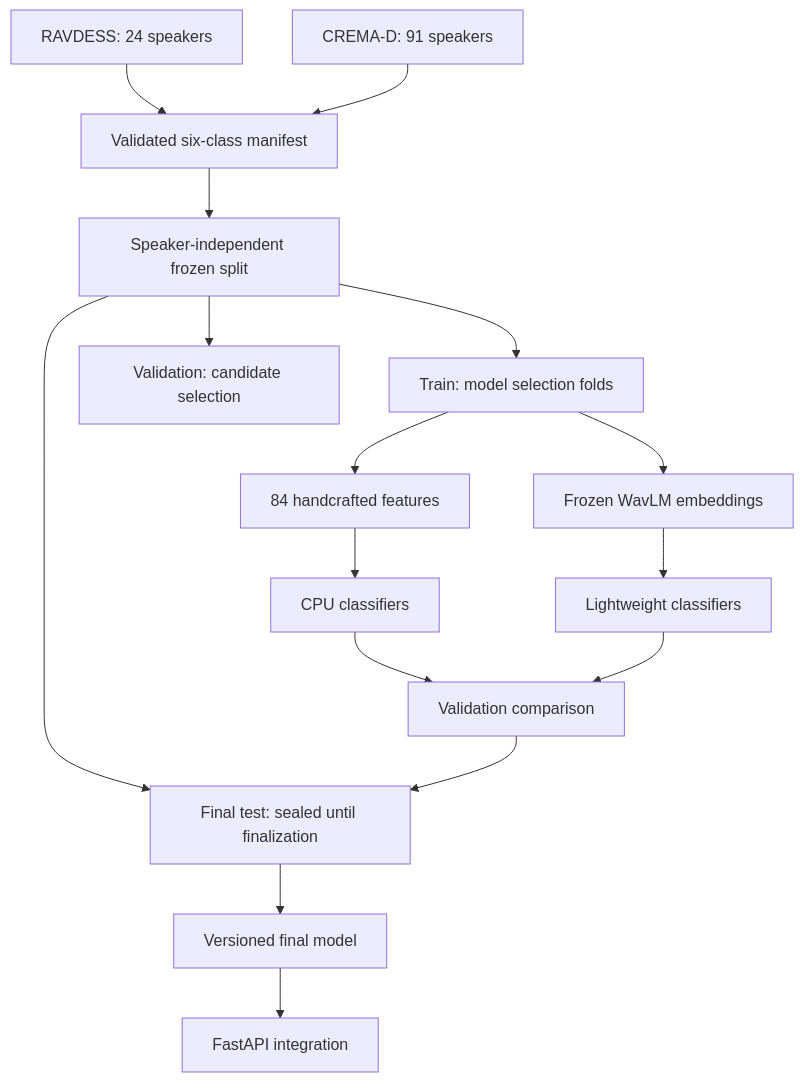
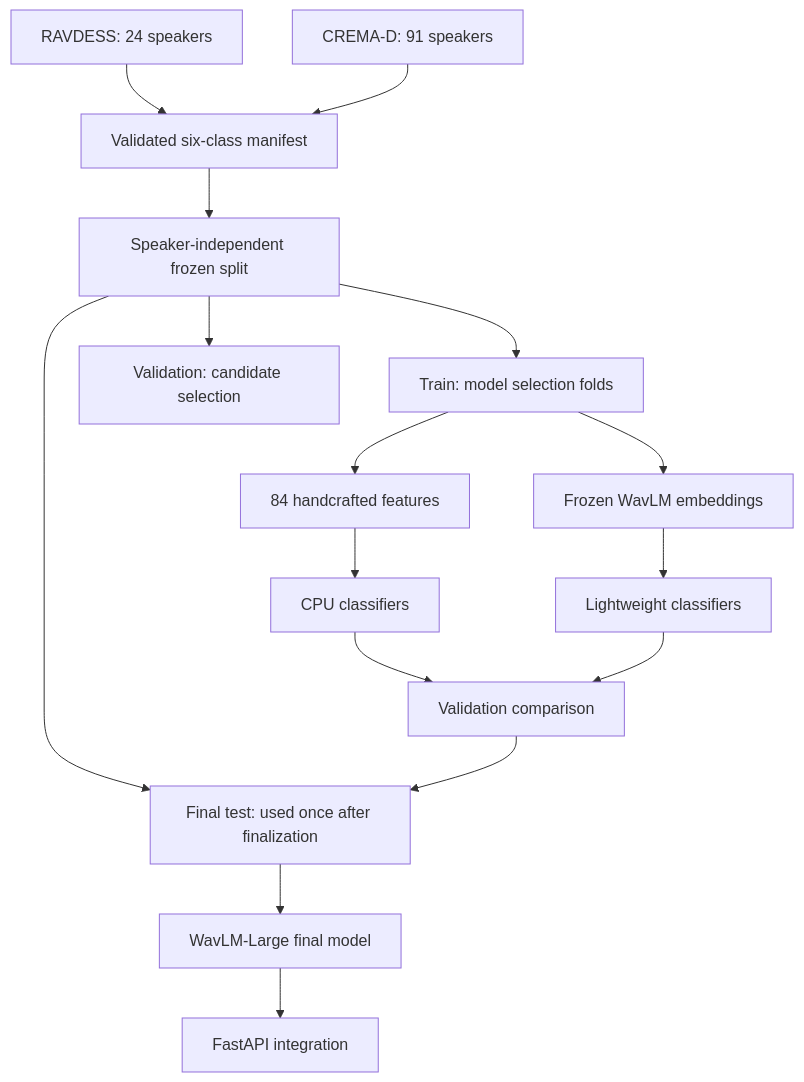
The second of 2 diagrams in docs/ARCHITECTURE.md (khushipatel0127/Speech-Emotion-Recognition), drawn with Mermaid before and after one commit. The commit also changed other lines of this file and 24 other files, not shown here.

Commit message:
feat: add validated WavLM Large phase 2 model

````diff
--- a/docs/ARCHITECTURE.md
+++ b/docs/ARCHITECTURE.md
@@ -35,18 +38,18 @@
 ```mermaid
 flowchart TD
     RD[RAVDESS: 24 speakers] --> M[Validated six-class manifest]
     CD[CREMA-D: 91 speakers] --> M
     M --> S[Speaker-independent frozen split]
     S --> T[Train: model selection folds]
     S --> V[Validation: candidate selection]
-    S --> X[Final test: sealed until finalization]
+    S --> X[Final test: used once after finalization]
     T --> HF[84 handcrafted features]
     T --> WE[Frozen WavLM embeddings]
     HF --> HC[CPU classifiers]
     WE --> EC[Lightweight classifiers]
     HC --> C[Validation comparison]
     EC --> C
     C --> X
-    X --> VM[Versioned final model]
+    X --> VM[WavLM-Large final model]
     VM --> API[FastAPI integration]
 ```
````
